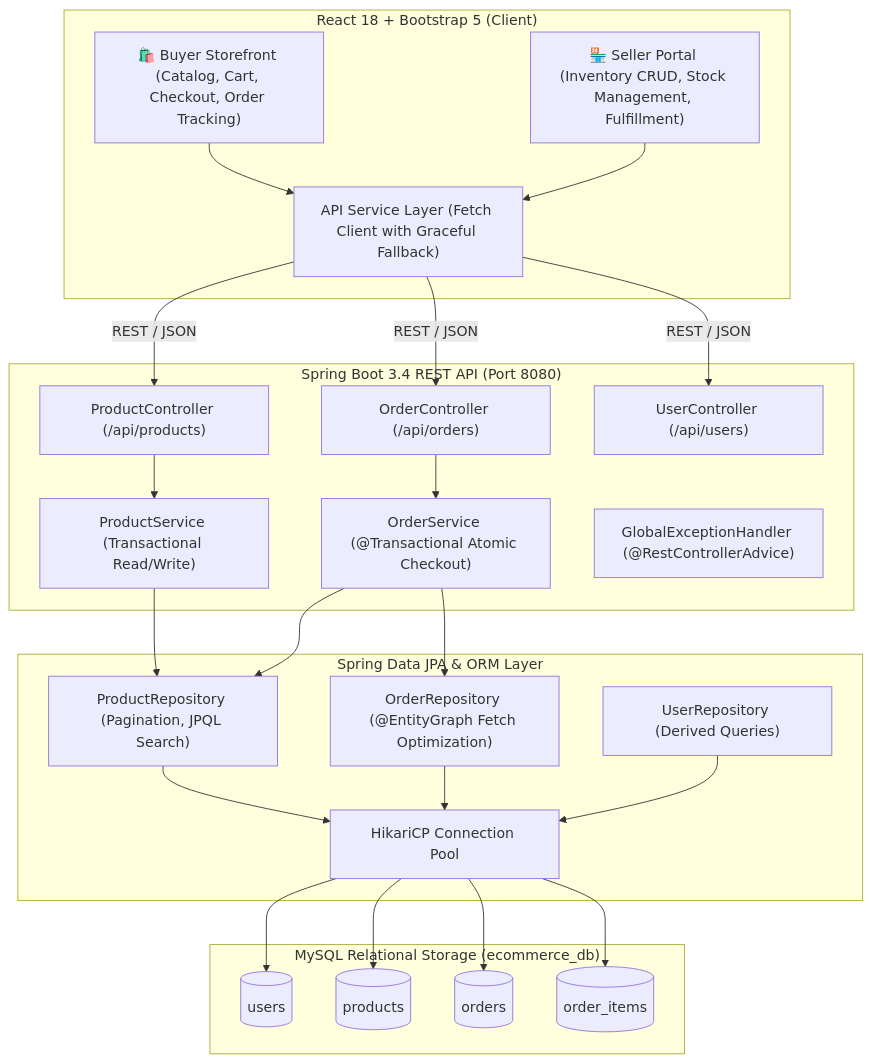
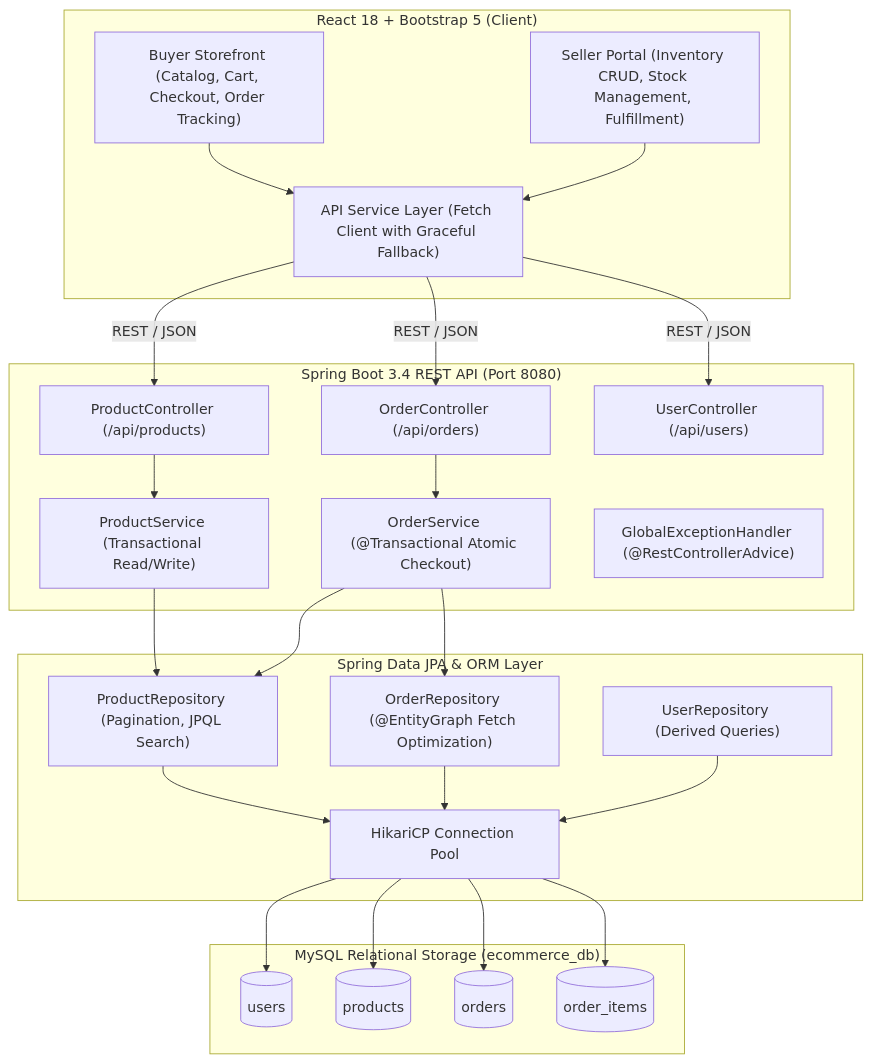
The diagram in README.md (ganesh-badar/nexus-ecommerce-platform), drawn with Mermaid before and after one commit. The commit also changed other lines of this file and 25 other files, not shown here.

Commit message:
feat: complete non-vibe-coded architectural revamp, legal compliance, and GitHub Pages deployment

````diff
--- a/README.md
+++ b/README.md
@@ -19,52 +19,52 @@
 ```mermaid
 graph TD
     subgraph Frontend ["React 18 + Bootstrap 5 (Client)"]
-        UI_Buyer["🛍️ Buyer Storefront (Catalog, Cart, Checkout, Order Tracking)"]
-        UI_Seller["🏪 Seller Portal (Inventory CRUD, Stock Management, Fulfillment)"]
+        UI_Buyer["Buyer Storefront (Catalog, Cart, Checkout, Order Tracking)"]
+        UI_Seller["Seller Portal (Inventory CRUD, Stock Management, Fulfillment)"]
         API_Client["API Service Layer (Fetch Client with Graceful Fallback)"]
     end
 
     subgraph Backend ["Spring Boot 3.4 REST API (Port 8080)"]
         C_Prod["ProductController (/api/products)"]
         C_Order["OrderController (/api/orders)"]
         C_User["UserController (/api/users)"]
         S_Prod["ProductService (Transactional Read/Write)"]
         S_Order["OrderService (@Transactional Atomic Checkout)"]
         GlobalEx["GlobalExceptionHandler (@RestControllerAdvice)"]
     end
 
     subgraph DataAccess ["Spring Data JPA & ORM Layer"]
         Repo_Prod["ProductRepository (Pagination, JPQL Search)"]
         Repo_Order["OrderRepository (@EntityGraph Fetch Optimization)"]
         Repo_User["UserRepository (Derived Queries)"]
         Hikari["HikariCP Connection Pool"]
     end
 
     subgraph Database ["MySQL Relational Storage (ecommerce_db)"]
         T_Users[("users")]
         T_Prods[("products")]
         T_Orders[("orders")]
         T_Items[("order_items")]
     end
 
     UI_Buyer --> API_Client
     UI_Seller --> API_Client
     API_Client -->|REST / JSON| C_Prod
     API_Client -->|REST / JSON| C_Order
     API_Client -->|REST / JSON| C_User
 
     C_Prod --> S_Prod
     C_Order --> S_Order
     S_Prod --> Repo_Prod
     S_Order --> Repo_Order
     S_Order --> Repo_Prod
 
     Repo_Prod --> Hikari
     Repo_Order --> Hikari
     Repo_User --> Hikari
 
     Hikari --> T_Users
     Hikari --> T_Prods
     Hikari --> T_Orders
     Hikari --> T_Items
 ```
````
